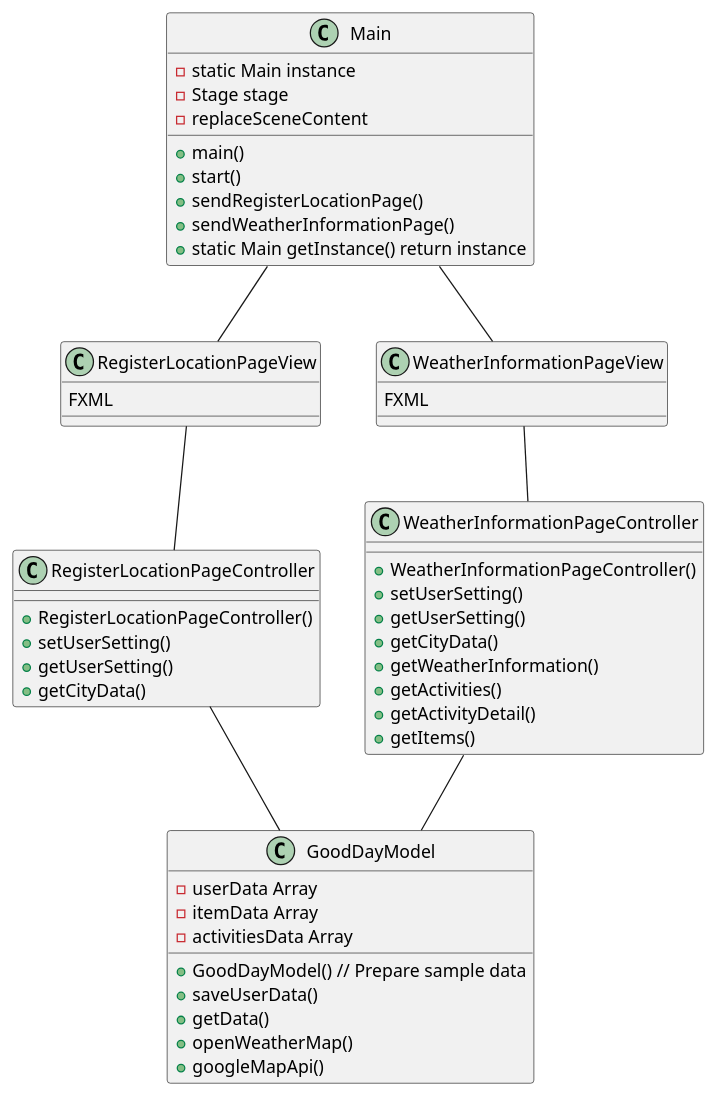
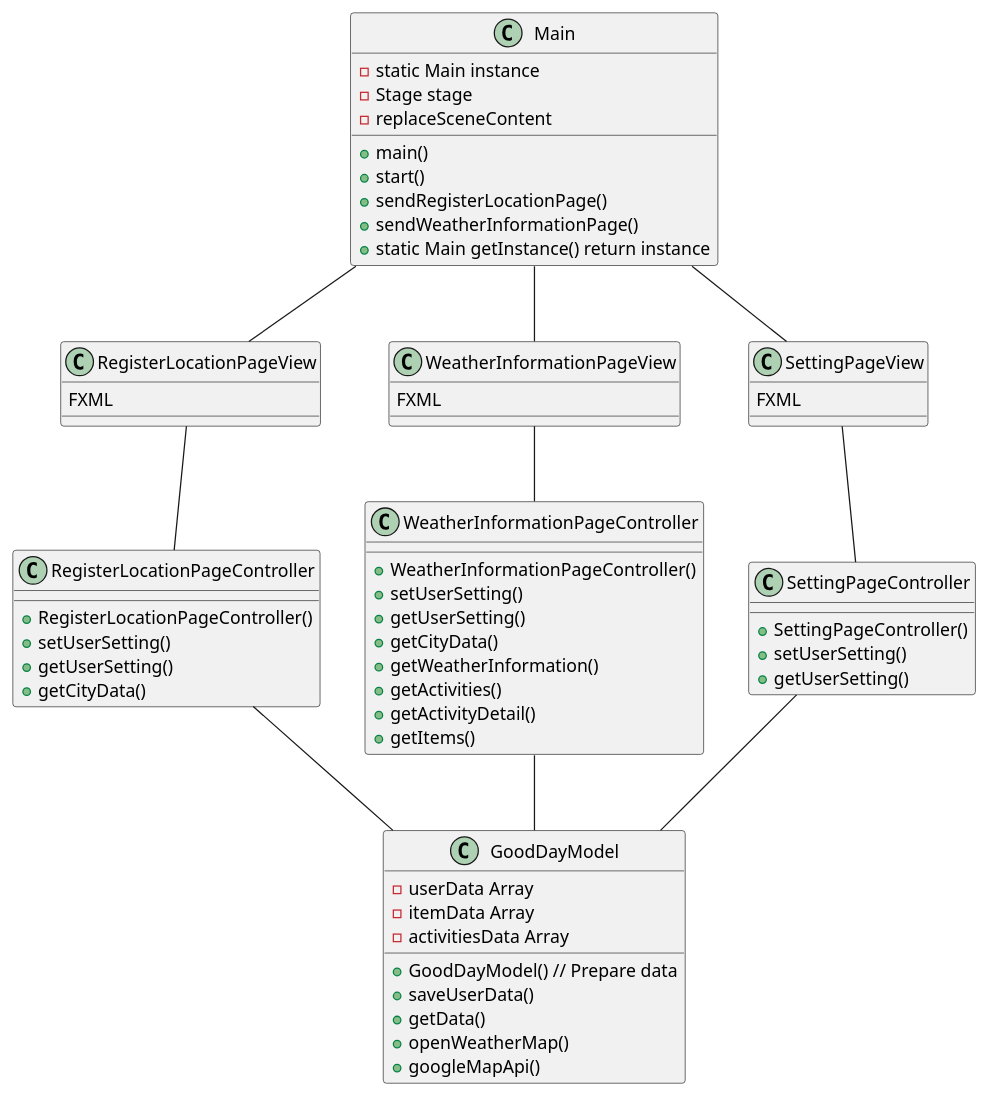
One commit to mustanghippie/Goodday changed the diagram in GoodDay_class_diagram.puml. Above: the diagram before and after it, drawn with PlantUML.

Commit message:
Update Class diagram

```diff
--- a/GoodDay_class_diagram.puml
+++ b/GoodDay_class_diagram.puml
@@ -1,59 +1,73 @@
 @startuml
 
 class Main{
     -static Main instance
     -Stage stage
     +main()
     +start()
     +sendRegisterLocationPage()
     +sendWeatherInformationPage()
     -replaceSceneContent
     +static Main getInstance() return instance
 
 }
 
 class RegisterLocationPageView{
   FXML
 }
 
 class WeatherInformationPageView{
   FXML
 }
 
+class SettingPageView{
+  FXML
+}
+
 class RegisterLocationPageController{
   +RegisterLocationPageController()
   +setUserSetting()
   +getUserSetting()
   +getCityData()
 }
 
 class WeatherInformationPageController{
   +WeatherInformationPageController()
   +setUserSetting()
   +getUserSetting()
   +getCityData()
   +getWeatherInformation()
   +getActivities()
   +getActivityDetail()
   +getItems()
 }
 
+class SettingPageController{
+  +SettingPageController()
+  +setUserSetting()
+  +getUserSetting()
+
+}
+
 class GoodDayModel{
   -userData Array
   -itemData Array
   -activitiesData Array
-  +GoodDayModel() // Prepare sample data
+  +GoodDayModel() // Prepare data
   +saveUserData()
   +getData()
   +openWeatherMap()
   +googleMapApi()
 }
 
 Main -- RegisterLocationPageView
 Main -- WeatherInformationPageView
+Main -- SettingPageView
 RegisterLocationPageView -- RegisterLocationPageController
 WeatherInformationPageView -- WeatherInformationPageController
+SettingPageView -- SettingPageController
+SettingPageController -- GoodDayModel
 RegisterLocationPageController -- GoodDayModel
 WeatherInformationPageController -- GoodDayModel
 
 @enduml
```
